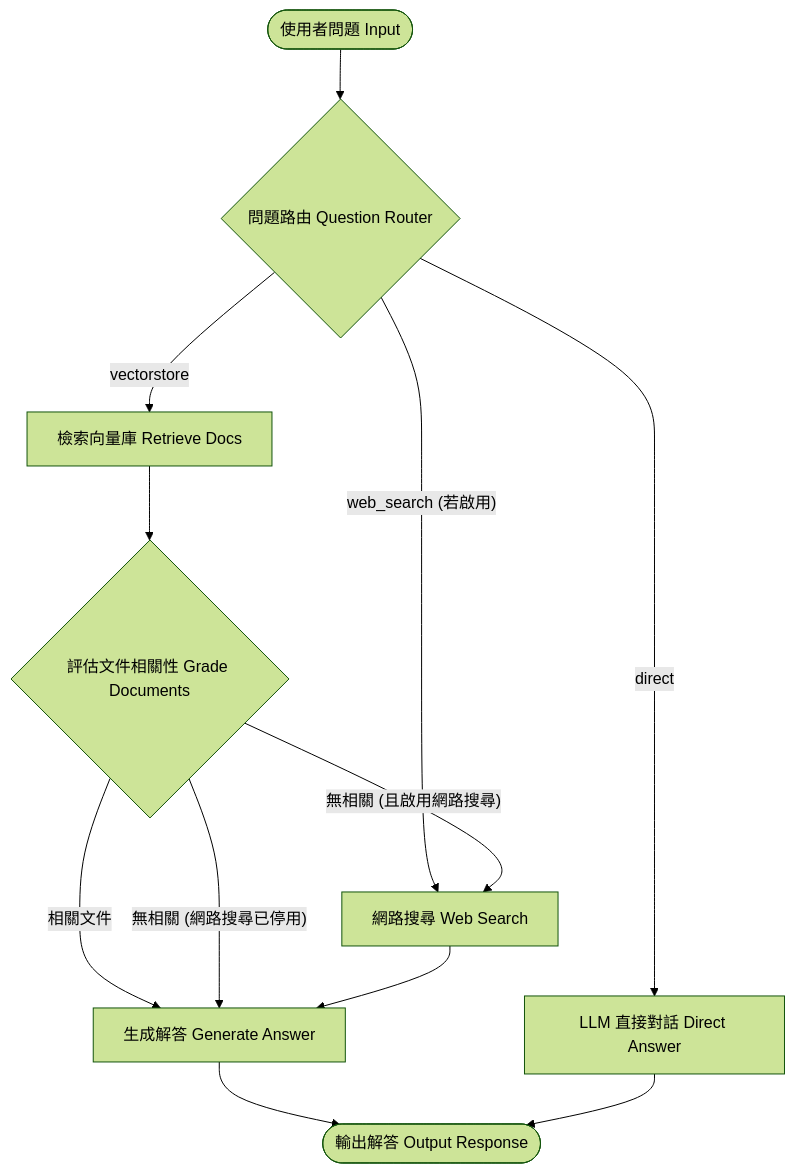
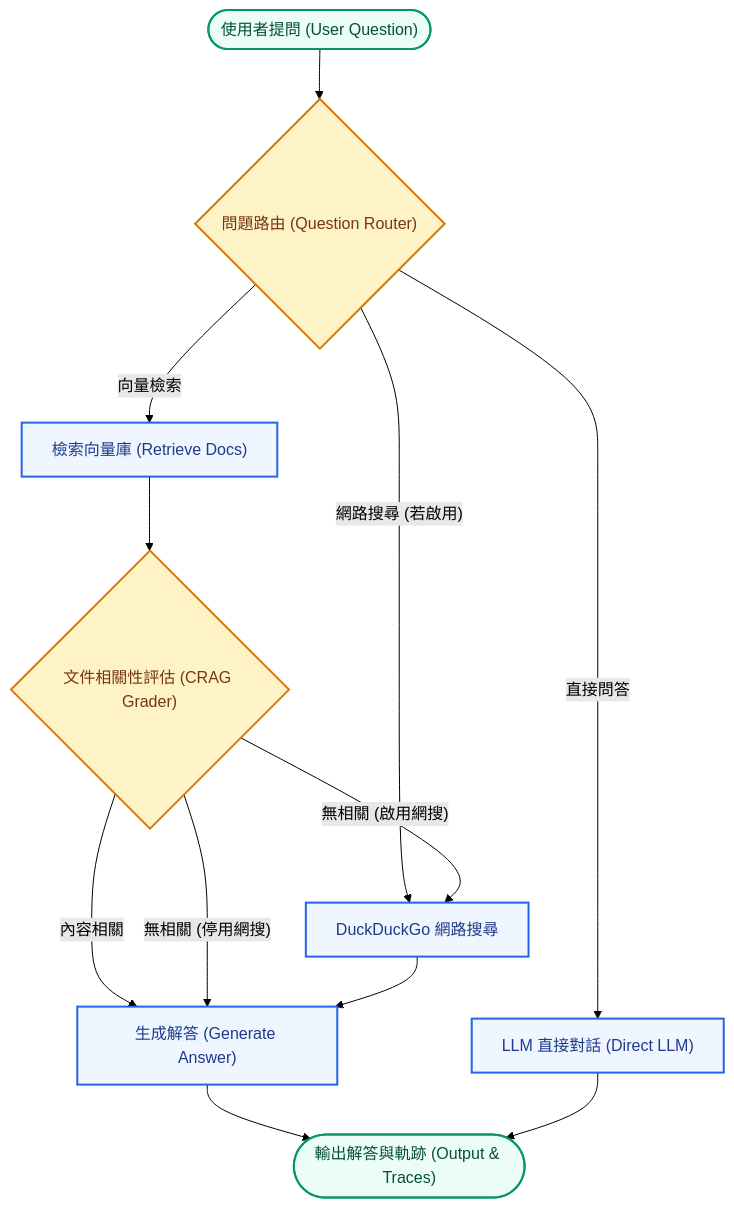
Before and after one commit to elfchildRichter/langgraph_rag: the diagram in README.md, drawn with Mermaid (forest theme). The commit also changed other lines of this file, not shown here.

Commit message:
docs: update comprehensive project documentation, features, architecture, REST API table, and deployment steps

````diff
--- a/README.md
+++ b/README.md
@@ -28,19 +40,27 @@
 ```mermaid
 flowchart TD
-    Start([使用者問題 Input]) --> QuestionRouter{問題路由 Question Router}
+    Start(["使用者提問 (User Question)"]) --> QuestionRouter{"問題路由 (Question Router)"}
     
-    QuestionRouter -- "vectorstore" --> Retrieve[檢索向量庫 Retrieve Docs]
-    QuestionRouter -- "web_search (若啟用)" --> WebSearch[網路搜尋 Web Search]
-    QuestionRouter -- "direct" --> DirectLLM[LLM 直接對話 Direct Answer]
+    QuestionRouter -- "向量檢索" --> Retrieve["檢索向量庫 (Retrieve Docs)"]
+    QuestionRouter -- "網路搜尋 (若啟用)" --> WebSearch["DuckDuckGo 網路搜尋"]
+    QuestionRouter -- "直接問答" --> DirectLLM["LLM 直接對話 (Direct LLM)"]
     
-    Retrieve --> GradeDocs{評估文件相關性 Grade Documents}
+    Retrieve --> GradeDocs{"文件相關性評估 (CRAG Grader)"}
     
-    GradeDocs -- "相關文件" --> Generate[生成解答 Generate Answer]
-    GradeDocs -- "無相關 (且啟用網路搜尋)" --> WebSearch
-    GradeDocs -- "無相關 (網路搜尋已停用)" --> Generate
+    GradeDocs -- "內容相關" --> Generate["生成解答 (Generate Answer)"]
+    GradeDocs -- "無相關 (啟用網搜)" --> WebSearch
+    GradeDocs -- "無相關 (停用網搜)" --> Generate
     
     WebSearch --> Generate
     
-    Generate --> End([輸出解答 Output Response])
+    Generate --> End(["輸出解答與軌跡 (Output & Traces)"])
     DirectLLM --> End
+
+    classDef primary fill:#EFF6FF,stroke:#2563EB,stroke-width:2px,color:#1E3A8A;
+    classDef decision fill:#FEF3C7,stroke:#D97706,stroke-width:2px,color:#78350F;
+    classDef startEnd fill:#ECFDF5,stroke:#059669,stroke-width:2px,color:#064E3B;
+    
+    class Retrieve,WebSearch,DirectLLM,Generate primary;
+    class QuestionRouter,GradeDocs decision;
+    class Start,End startEnd;
 ```
````
